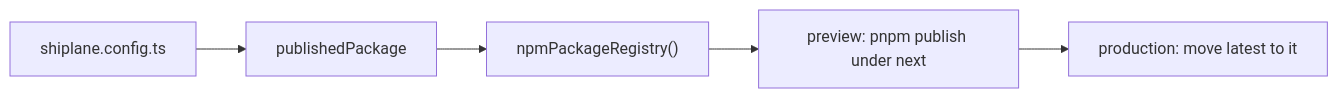
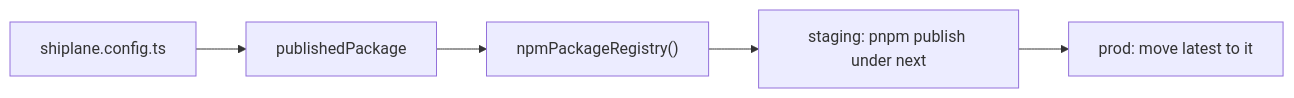
Before and after one commit to arnaud-zg/js-packages: the diagram in packages/shiplane-npm/README.md, drawn with Mermaid. The commit also changed other lines of this file and 133 other files, not shown here.

````diff
--- a/packages/shiplane-npm/README.md
+++ b/packages/shiplane-npm/README.md
@@ -7,7 +7,7 @@
 ```mermaid
 flowchart LR
     CFG["shiplane.config.ts"] --> MOD["publishedPackage"]
     MOD --> NPM["npmPackageRegistry()"]
-    NPM --> PUB["preview: pnpm publish under next"]
-    PUB --> TAG["production: move latest to it"]
+    NPM --> PUB["staging: pnpm publish under next"]
+    PUB --> TAG["prod: move latest to it"]
 ```
````
